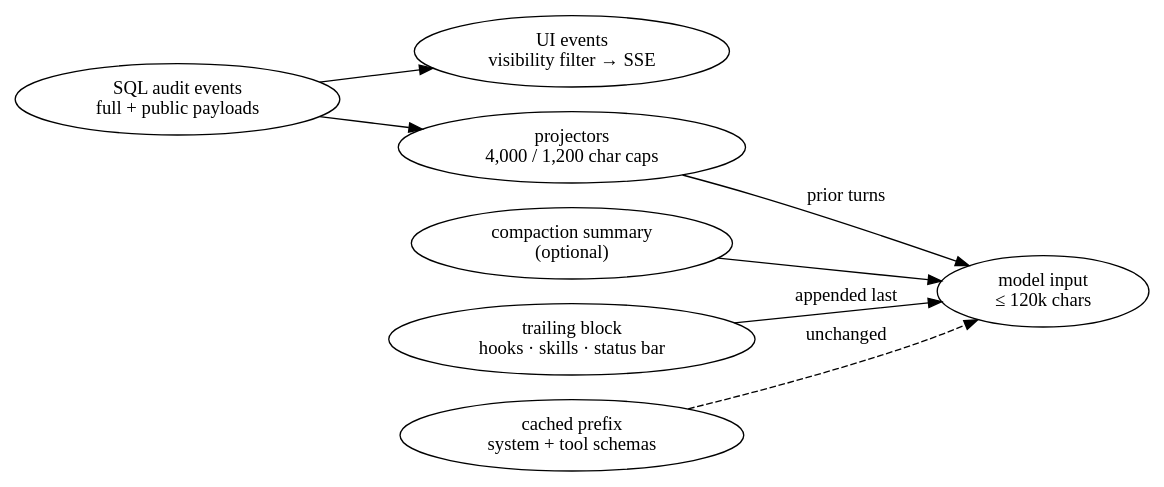
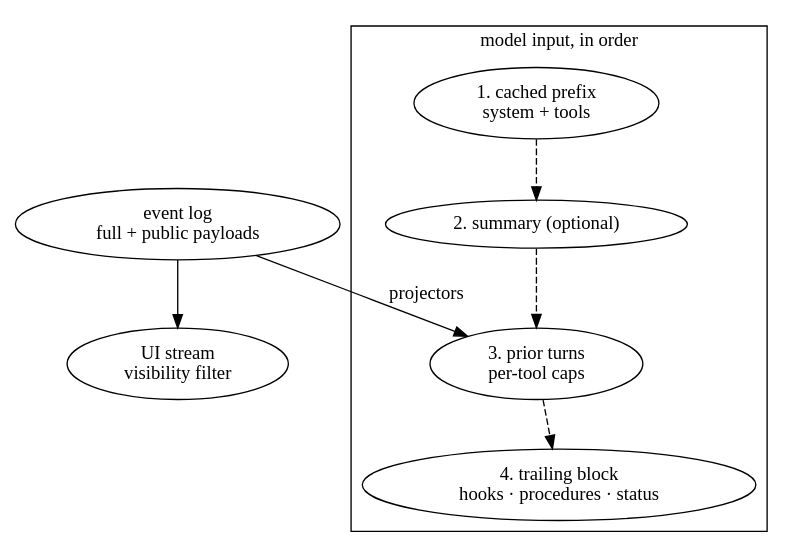
The diagram in src/assets/blog-diagrams/07-context-engineering-ai-agents-working-state.dot (Shaunfurtado/Shaunfurtado.github.io), drawn with Graphviz before and after one commit. The commit also changed 31 other files, not shown here.

```diff
--- a/src/assets/blog-diagrams/07-context-engineering-ai-agents-working-state.dot
+++ b/src/assets/blog-diagrams/07-context-engineering-ai-agents-working-state.dot
@@ -1,16 +1,15 @@
 digraph context {
-rankdir=LR;
-audit [label="SQL audit events\nfull + public payloads", class="key"];
-ui [label="UI events\nvisibility filter → SSE"];
-proj [label="projectors\n4,000 / 1,200 char caps"];
-summary [label="compaction summary\n(optional)"];
-input [label="model input\n≤ 120k chars"];
-tail [label="trailing block\nhooks · skills · status bar"];
-prefix [label="cached prefix\nsystem + tool schemas", class="ghost"];
-audit -> ui;
-audit -> proj;
-proj -> input [label="prior turns"];
-summary -> input;
-tail -> input [label="appended last"];
-prefix -> input [label="unchanged", style=dashed];
+rankdir=TB;
+log [label="event log\nfull + public payloads", class="key"];
+ui [label="UI stream\nvisibility filter"];
+subgraph cluster_input {
+  label="model input, in order";
+  prefix [label="1. cached prefix\nsystem + tools", class="ghost"];
+  summary [label="2. summary (optional)"];
+  proj [label="3. prior turns\nper-tool caps"];
+  tail [label="4. trailing block\nhooks · procedures · status"];
 }
+log -> ui;
+log -> proj [label="projectors"];
+prefix -> summary -> proj -> tail [style=dashed];
+}
```
